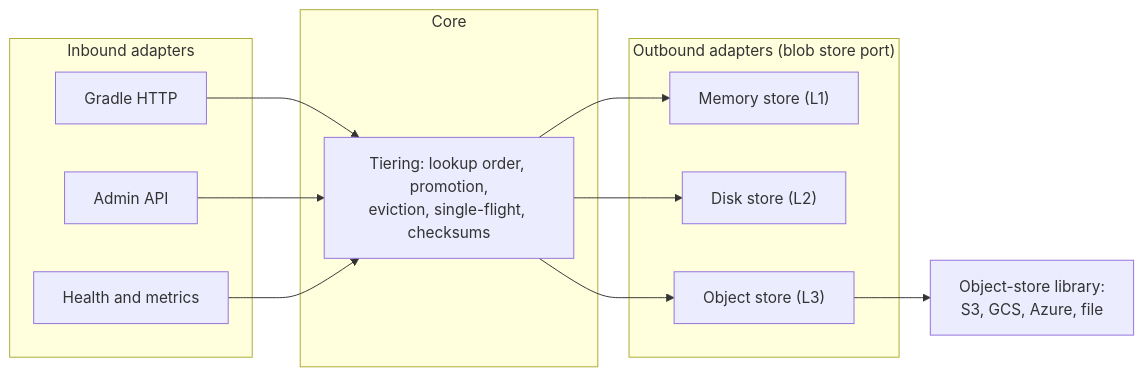
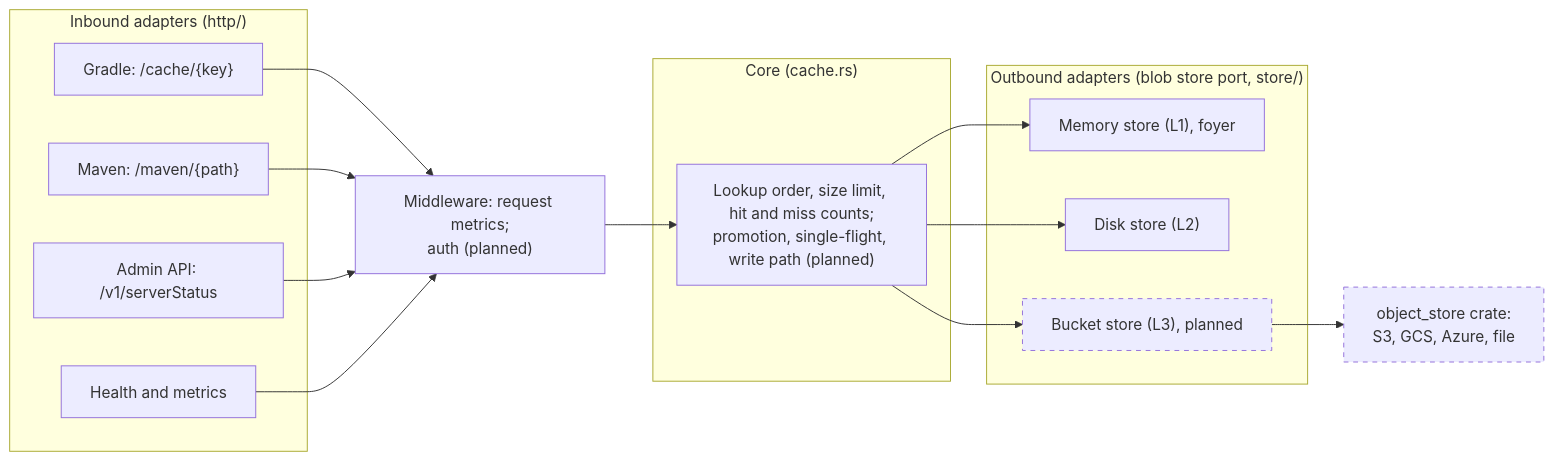
Before and after one commit to nevzheng/mammoth-cache: the fourth of 5 diagrams in docs/design/0003-architecture.md, drawn with Mermaid. The commit also changed other lines of this file and 4 other files, not shown here.

First line of the commit message:
docs(design): match 0003 and 0008 diagrams to what is built (#26)

````diff
--- a/docs/design/0003-architecture.md
+++ b/docs/design/0003-architecture.md
@@ -226,24 +237,30 @@
 ```mermaid
 flowchart LR
-    subgraph in["Inbound adapters"]
-        gradle["Gradle HTTP"]
-        admin["Admin API"]
+    subgraph in["Inbound adapters (http/)"]
+        gradle["Gradle: /cache/{key}"]
+        maven["Maven: /maven/{path}"]
+        admin["Admin API: /v1/serverStatus"]
         ops["Health and metrics"]
     end
-    subgraph core["Core"]
-        tiering["Tiering: lookup order, promotion,<br/>eviction, single-flight, checksums"]
+    mw["Middleware: request metrics;<br/>auth (planned)"]
+    subgraph core["Core (cache.rs)"]
+        tiering["Lookup order, size limit, hit and miss counts;<br/>promotion, single-flight, write path (planned)"]
     end
-    subgraph out["Outbound adapters (blob store port)"]
-        mem["Memory store (L1)"]
+    subgraph out["Outbound adapters (blob store port, store/)"]
+        mem["Memory store (L1), foyer"]
         disk["Disk store (L2)"]
-        obj["Object store (L3)"]
+        obj["Bucket store (L3), planned"]
     end
-    sdk["Object-store library:<br/>S3, GCS, Azure, file"]
-    gradle --> tiering
-    admin --> tiering
-    ops --> tiering
+    sdk["object_store crate:<br/>S3, GCS, Azure, file"]
+    gradle --> mw
+    maven --> mw
+    admin --> mw
+    ops --> mw
+    mw --> tiering
     tiering --> mem
     tiering --> disk
     tiering --> obj
     obj --> sdk
+    classDef planned stroke-dasharray: 5 5
+    class obj,sdk planned
 ```
````
